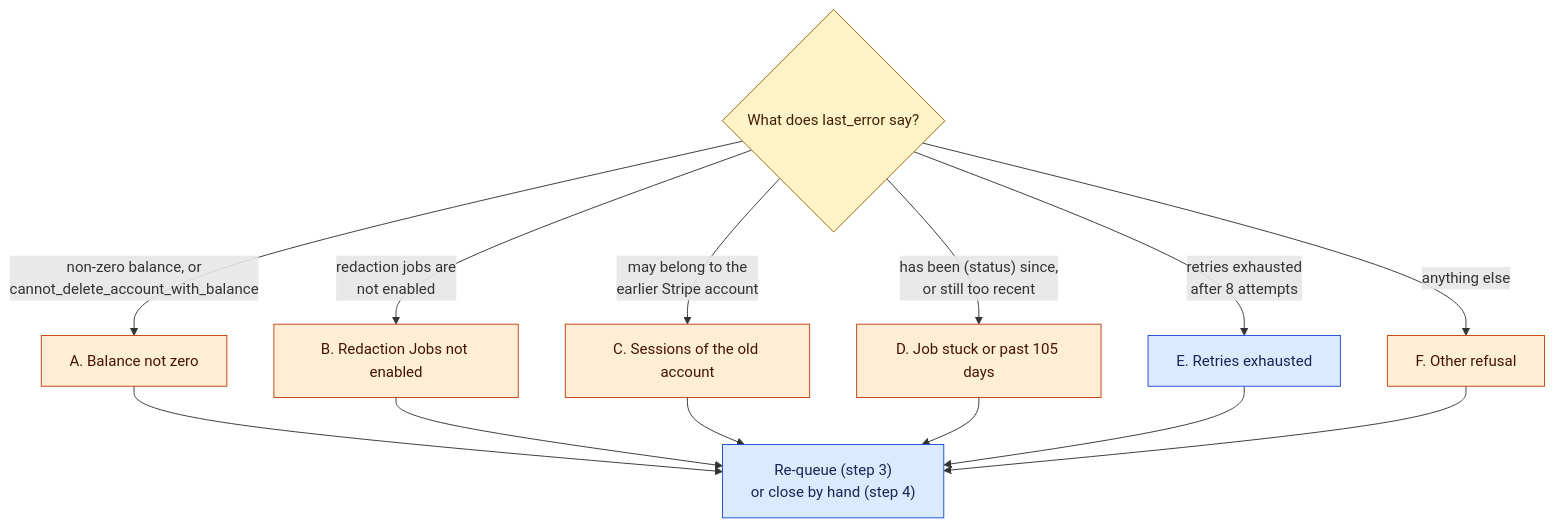
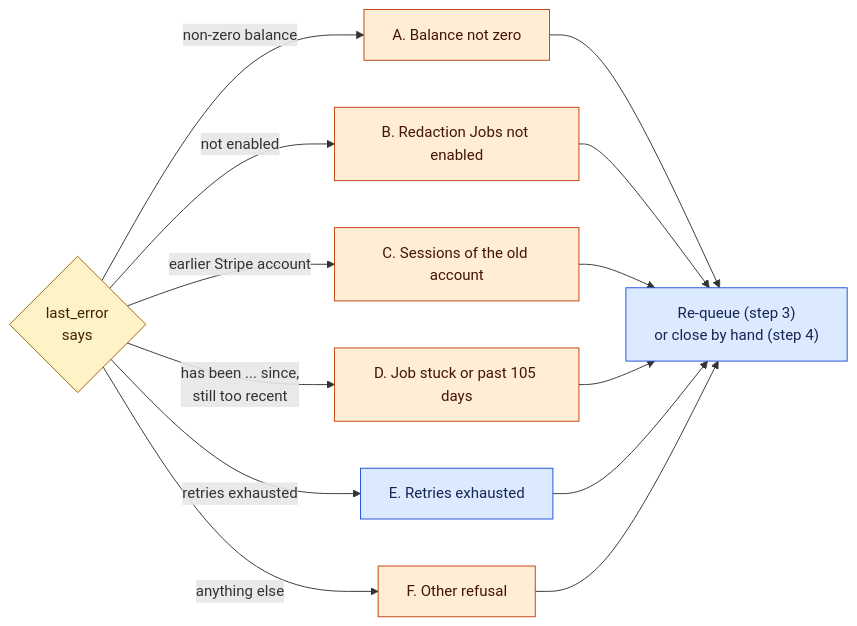
The second of 2 diagrams in docs/operations/account-erasure.md (Layr-Labs/d-inference), drawn with Mermaid before and after one commit. The commit also changed 1 other file, not shown here.

Commit message:
Make the outbox diagrams legible in GitHub's renderer
GitHub drew the pending self-loop label over the re-queue edge and
shrank the six-way manual_action tree to small text. Show retries as a
due/waiting pair inside the pending state, and lay the decision tree out
left to right.

````diff
--- a/docs/operations/account-erasure.md
+++ b/docs/operations/account-erasure.md
@@ -198,20 +198,15 @@
    ```mermaid
-   flowchart TD
+   flowchart LR
      classDef q fill:#fef3c7,stroke:#a16207,color:#422006
      classDef act fill:#dbeafe,stroke:#1d4ed8,color:#172554
      classDef hand fill:#ffedd5,stroke:#c2410c,color:#431407
 
-     A{"What does last_error say?"}:::q
-     A -- "non-zero balance, or<br/>cannot_delete_account_with_balance" --> B["A. Balance not zero"]:::hand
-     A -- "redaction jobs are<br/>not enabled" --> C["B. Redaction Jobs not enabled"]:::hand
-     A -- "may belong to the<br/>earlier Stripe account" --> D["C. Sessions of the old account"]:::hand
-     A -- "has been (status) since,<br/>or still too recent" --> E["D. Job stuck or past 105 days"]:::hand
-     A -- "retries exhausted<br/>after 8 attempts" --> F["E. Retries exhausted"]:::act
+     A{"last_error<br/>says"}:::q
+     A -- "non-zero balance" --> B["A. Balance not zero"]:::hand
+     A -- "not enabled" --> C["B. Redaction Jobs not enabled"]:::hand
+     A -- "earlier Stripe account" --> D["C. Sessions of the old account"]:::hand
+     A -- "has been ... since,<br/>still too recent" --> E["D. Job stuck or past 105 days"]:::hand
+     A -- "retries exhausted" --> F["E. Retries exhausted"]:::act
      A -- "anything else" --> G["F. Other refusal"]:::hand
-     B --> R["Re-queue (step 3)<br/>or close by hand (step 4)"]:::act
-     C --> R
-     D --> R
-     E --> R
-     F --> R
-     G --> R
+     B & C & D & E & F & G --> R["Re-queue (step 3)<br/>or close by hand (step 4)"]:::act
    ```
````
